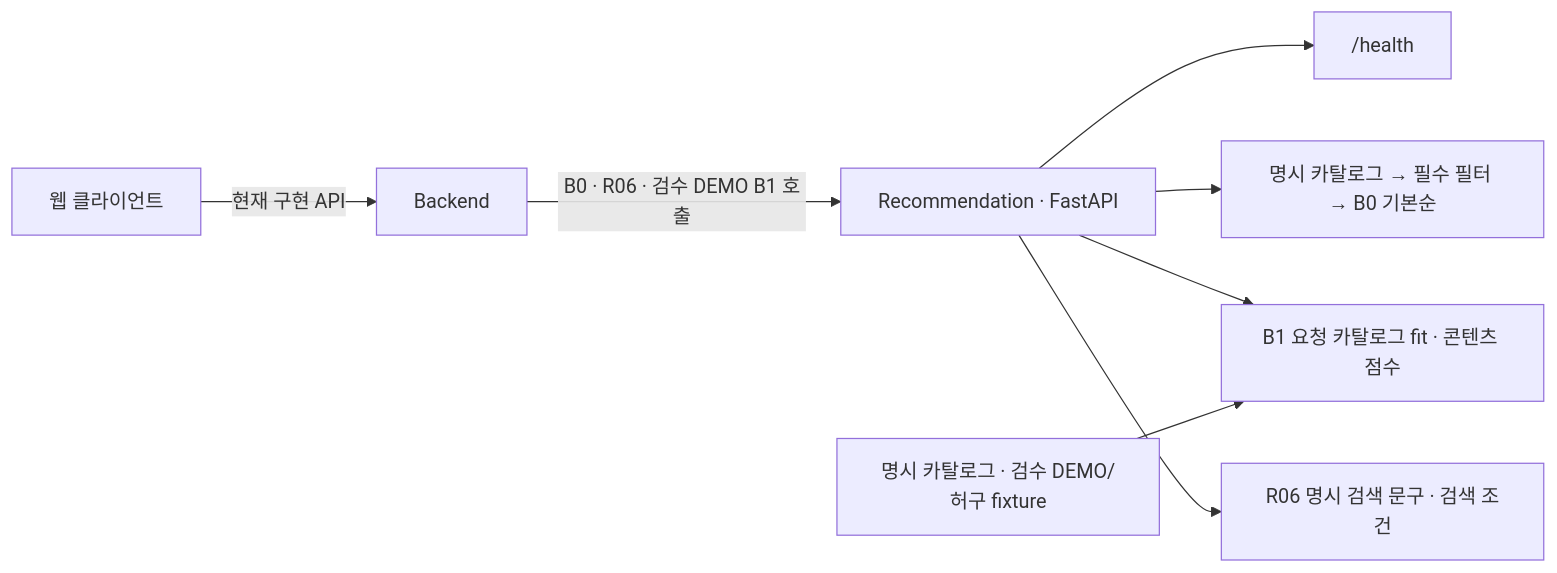
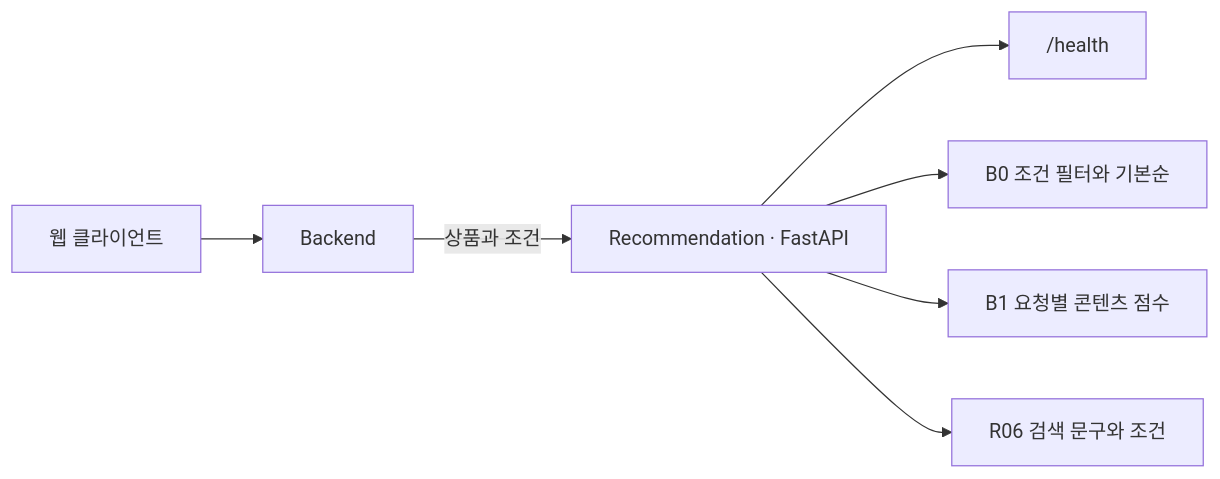
The diagram in README.md (Pubburi/Recommendation), drawn with Mermaid before and after one commit. The commit also changed other lines of this file, not shown here.

````diff
--- a/README.md
+++ b/README.md
@@ -77,10 +64,9 @@
 ```mermaid
 flowchart LR
-    Web["웹 클라이언트"] -->|현재 구현 API| Backend["Backend"]
-    Backend -->|B0 · R06 · 검수 DEMO B1 호출| API["Recommendation · FastAPI"]
+    Web["웹 클라이언트"] --> Backend["Backend"]
+    Backend -->|상품과 조건| API["Recommendation · FastAPI"]
     API --> Health["/health"]
-    API --> Baseline["명시 카탈로그 → 필수 필터 → B0 기본순"]
-    API --> Model["B1 요청 카탈로그 fit · 콘텐츠 점수"]
-    API --> Search["R06 명시 검색 문구 · 검색 조건"]
-    Fixture["명시 카탈로그 · 검수 DEMO/허구 fixture"] --> Model
+    API --> Baseline["B0 조건 필터와 기본순"]
+    API --> Model["B1 요청별 콘텐츠 점수"]
+    API --> Search["R06 검색 문구와 조건"]
 ```
````
